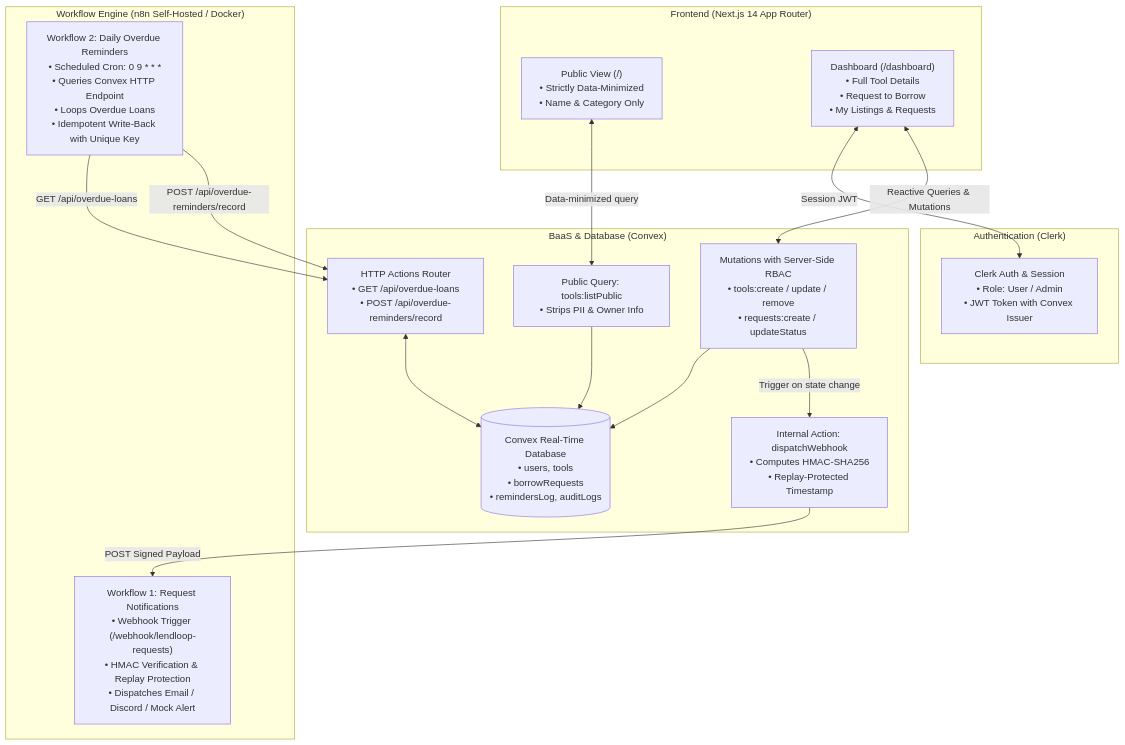
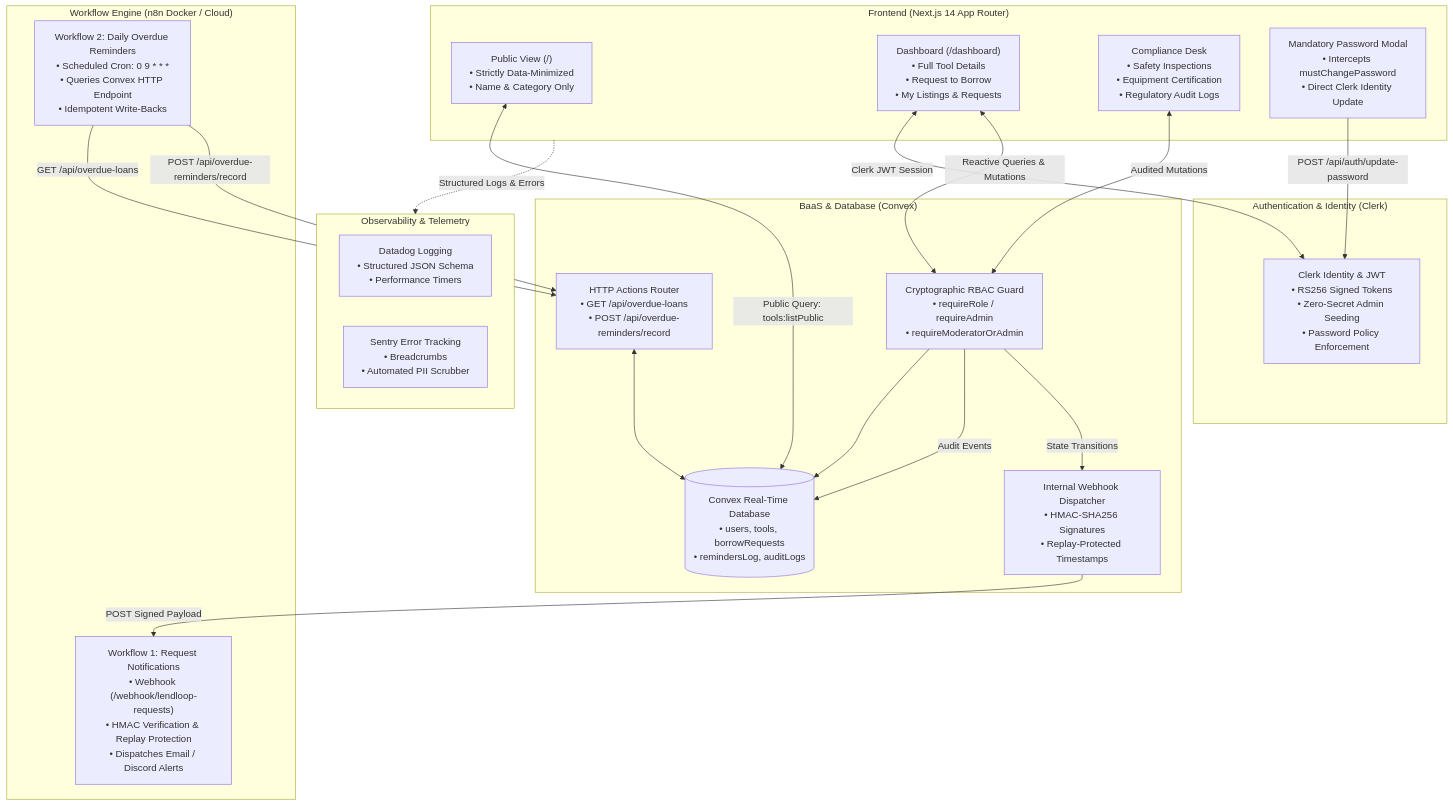
One commit to EdenAsamere/LendLoop changed the diagram in README.md. Above: the diagram before and after it, drawn with Mermaid. The commit also changed other lines of this file, not shown here.

````diff
--- a/README.md
+++ b/README.md
@@ -17,35 +24,44 @@
 ```mermaid
 flowchart TD
     subgraph Client ["Frontend (Next.js 14 App Router)"]
         PublicView["Public View (/)\n• Strictly Data-Minimized\n• Name & Category Only"]
         AuthView["Dashboard (/dashboard)\n• Full Tool Details\n• Request to Borrow\n• My Listings & Requests"]
+        ComplianceDesk["Compliance Desk\n• Safety Inspections\n• Equipment Certification\n• Regulatory Audit Logs"]
+        ForceResetModal["Mandatory Password Modal\n• Intercepts mustChangePassword\n• Direct Clerk Identity Update"]
     end
 
-    subgraph Auth ["Authentication (Clerk)"]
-        ClerkAuth["Clerk Auth & Session\n• Role: User / Admin\n• JWT Token with Convex Issuer"]
+    subgraph Auth ["Authentication & Identity (Clerk)"]
+        ClerkAuth["Clerk Identity & JWT\n• RS256 Signed Tokens\n• Zero-Secret Admin Seeding\n• Password Policy Enforcement"]
     end
 
     subgraph Backend ["BaaS & Database (Convex)"]
-        ConvexDB[("Convex Real-Time Database\n• users, tools\n• borrowRequests\n• remindersLog, auditLogs")]
-        PublicQuery["Public Query: tools:listPublic\n• Strips PII & Owner Info"]
-        AuthMutations["Mutations with Server-Side RBAC\n• tools:create / update / remove\n• requests:create / updateStatus"]
-        ConvexAction["Internal Action: dispatchWebhook\n• Computes HMAC-SHA256\n• Replay-Protected Timestamp"]
+        ConvexDB[("Convex Real-Time Database\n• users, tools, borrowRequests\n• remindersLog, auditLogs")]
+        AuthUtils["Cryptographic RBAC Guard\n• requireRole / requireAdmin\n• requireModeratorOrAdmin"]
+        ConvexAction["Internal Webhook Dispatcher\n• HMAC-SHA256 Signatures\n• Replay-Protected Timestamps"]
         HttpEndpoints["HTTP Actions Router\n• GET /api/overdue-loans\n• POST /api/overdue-reminders/record"]
     end
 
-    subgraph Automation ["Workflow Engine (n8n Self-Hosted / Docker)"]
-        WF1["Workflow 1: Request Notifications\n• Webhook Trigger (/webhook/lendloop-requests)\n• HMAC Verification & Replay Protection\n• Dispatches Email / Discord / Mock Alert"]
-        WF2["Workflow 2: Daily Overdue Reminders\n• Scheduled Cron: 0 9 * * *\n• Queries Convex HTTP Endpoint\n• Loops Overdue Loans\n• Idempotent Write-Back with Unique Key"]
+    subgraph Telemetry ["Observability & Telemetry"]
+        DD["Datadog Logging\n• Structured JSON Schema\n• Performance Timers"]
+        Sentry["Sentry Error Tracking\n• Breadcrumbs\n• Automated PII Scrubber"]
     end
 
-    PublicView <-->|Data-minimized query| PublicQuery
-    AuthView <-->|Session JWT| ClerkAuth
-    AuthView <-->|Reactive Queries & Mutations| AuthMutations
-    AuthMutations --> ConvexDB
-    PublicQuery --> ConvexDB
-    AuthMutations -->|Trigger on state change| ConvexAction
+    subgraph Automation ["Workflow Engine (n8n Docker / Cloud)"]
+        WF1["Workflow 1: Request Notifications\n• Webhook (/webhook/lendloop-requests)\n• HMAC Verification & Replay Protection\n• Dispatches Email / Discord Alerts"]
+        WF2["Workflow 2: Daily Overdue Reminders\n• Scheduled Cron: 0 9 * * *\n• Queries Convex HTTP Endpoint\n• Idempotent Write-Backs"]
+    end
+
+    PublicView <-->|Public Query: tools:listPublic| ConvexDB
+    AuthView <-->|Clerk JWT Session| ClerkAuth
+    AuthView <-->|Reactive Queries & Mutations| AuthUtils
+    ComplianceDesk <-->|Audited Mutations| AuthUtils
+    ForceResetModal -->|POST /api/auth/update-password| ClerkAuth
+    AuthUtils --> ConvexDB
+    AuthUtils -->|Audit Events| ConvexDB
+    AuthUtils -->|State Transitions| ConvexAction
     ConvexAction -->|POST Signed Payload| WF1
     WF2 -->|GET /api/overdue-loans| HttpEndpoints
     WF2 -->|POST /api/overdue-reminders/record| HttpEndpoints
     HttpEndpoints <--> ConvexDB
+    Client -.->|Structured Logs & Errors| Telemetry
 ```
````
